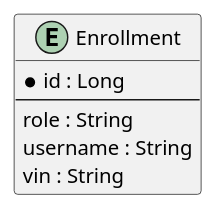
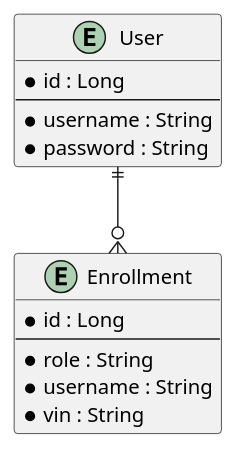
Before and after one commit to Dinesh-s95/AutoDoc.ai: the fourth of 4 diagrams in enrollment/documentation/detaileddesign.adoc, drawn with PlantUML. The commit also changed other lines of this file and 4 other files, not shown here.

```diff
--- a/enrollment/documentation/detaileddesign.adoc
+++ b/enrollment/documentation/detaileddesign.adoc
@@ -242,12 +239,21 @@
 [plantuml, er-diagram, png]
 ----
 @startuml
+entity "User" {
+    * id : Long
+    --
+    * username : String
+    * password : String
+}
+
 entity "Enrollment" {
     * id : Long
-    ---
-    role : String
-    username : String
-    vin : String
+    --
+    * role : String
+    * username : String
+    * vin : String
 }
+
+User ||--o{ Enrollment
 @enduml
 ----
```
